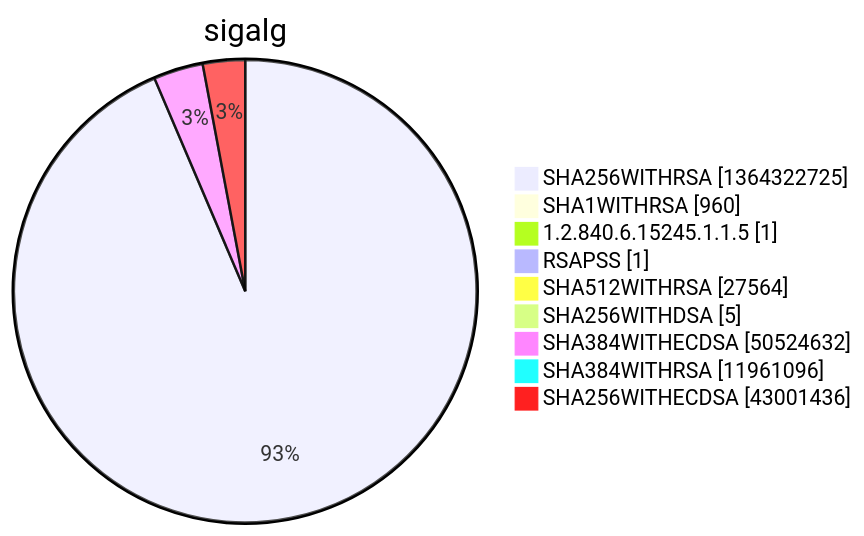
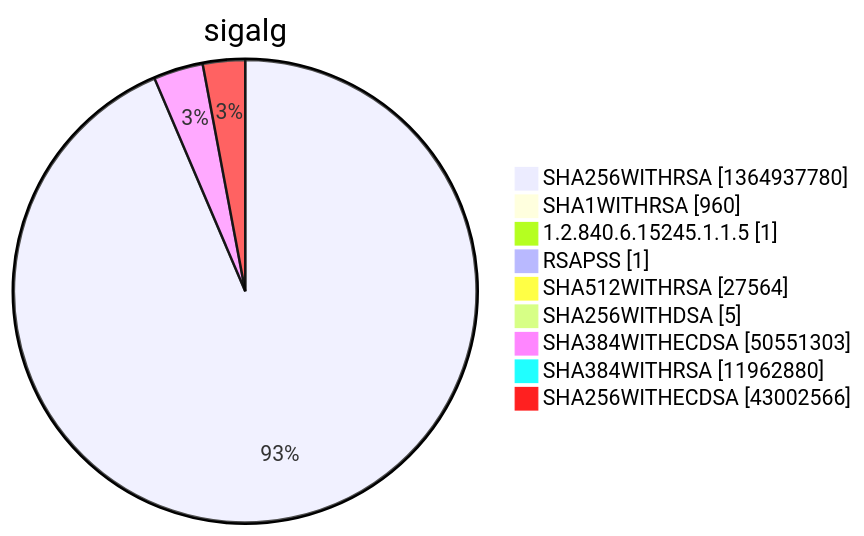
Before and after one commit to christiankrug/ctmonitor_visualization: diagram 15 of 15 in argon2022/README.md, drawn with Mermaid. The commit also changed other lines of this file, not shown here.

````diff
--- a/argon2022/README.md
+++ b/argon2022/README.md
@@ -5524,13 +5524,13 @@
 ```mermaid
 pie showData
 title sigalg
-"SHA256WITHRSA" :1364322725
+"SHA256WITHRSA" :1364937780
 "SHA1WITHRSA" :960
 "1.2.840.6.15245.1.1.5" :1
 "RSAPSS" :1
 "SHA512WITHRSA" :27564
 "SHA256WITHDSA" :5
-"SHA384WITHECDSA" :50524632
-"SHA384WITHRSA" :11961096
-"SHA256WITHECDSA" :43001436
+"SHA384WITHECDSA" :50551303
+"SHA384WITHRSA" :11962880
+"SHA256WITHECDSA" :43002566
 ```
````
